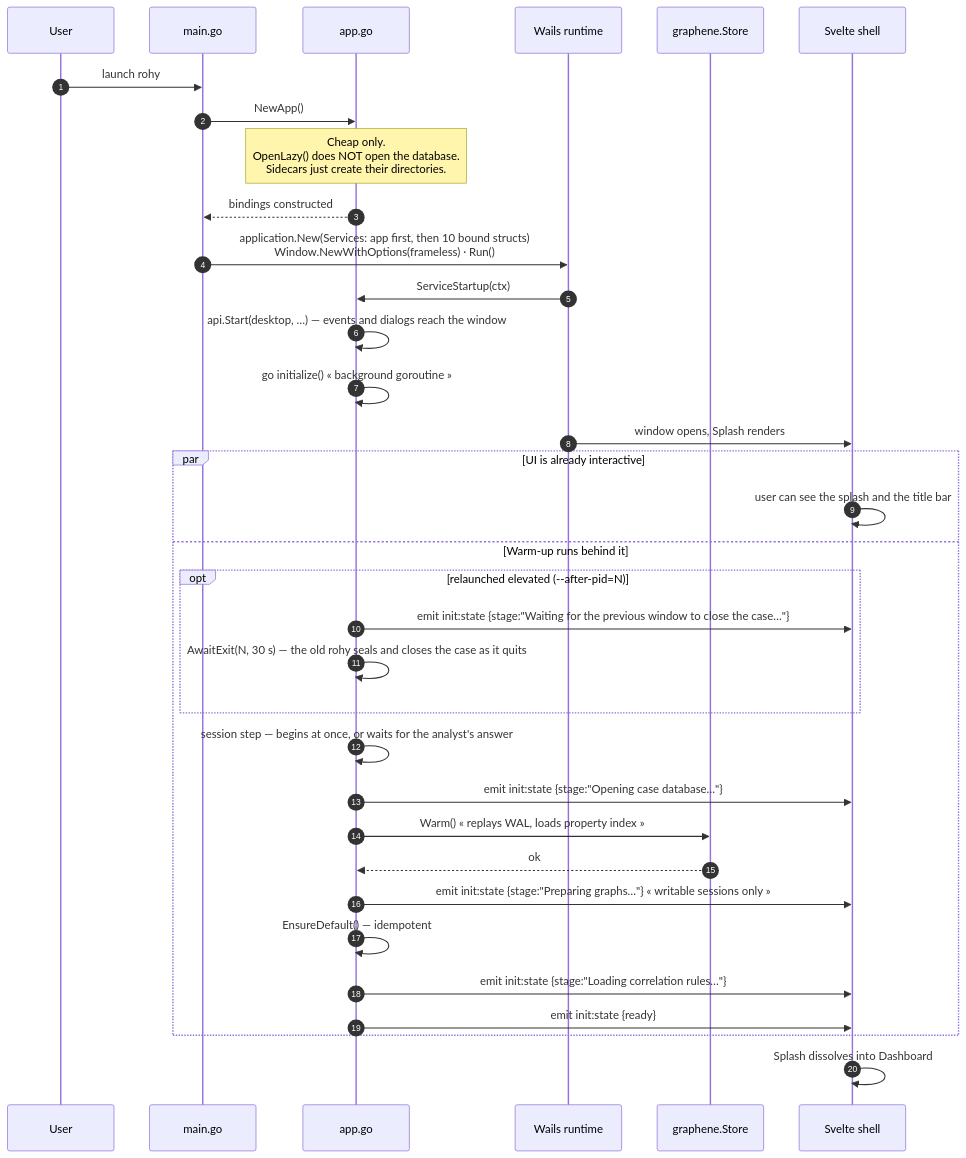
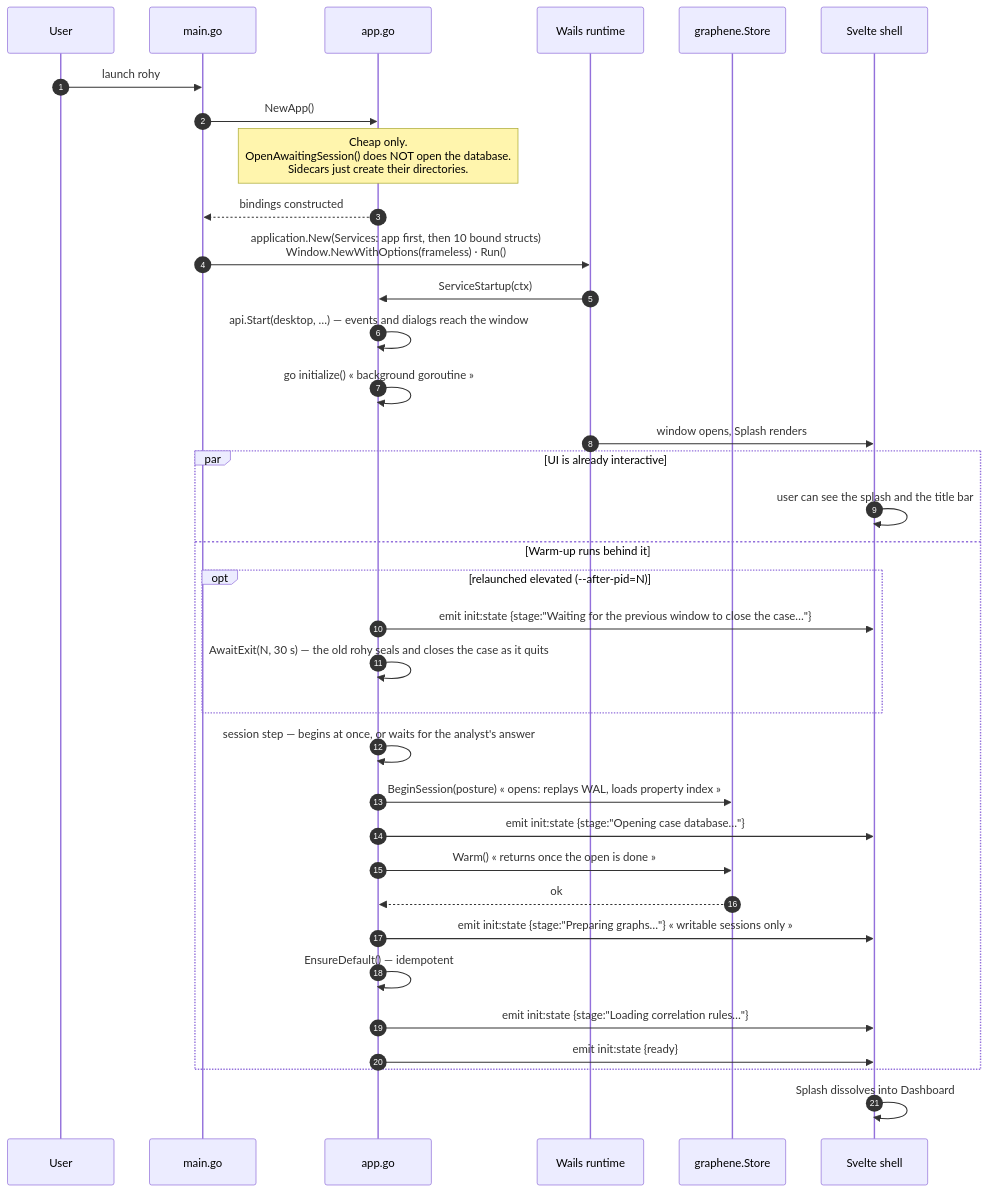
The third of 22 diagrams in LLD.md (aoiflux/rohy), drawn with Mermaid before and after one commit. The commit also changed other lines of this file and 34 other files, not shown here.

````diff
--- a/LLD.md
+++ b/LLD.md
@@ -268,39 +268,40 @@
 ```mermaid
 sequenceDiagram
     autonumber
     participant U as User
     participant M as main.go
     participant A as app.go
     participant W as Wails runtime
     participant S as graphene.Store
     participant UI as Svelte shell
 
     U->>M: launch rohy
     M->>A: NewApp()
-    Note over A: Cheap only.<br/>OpenLazy() does NOT open the database.<br/>Sidecars just create their directories.
+    Note over A: Cheap only.<br/>OpenAwaitingSession() does NOT open the database.<br/>Sidecars just create their directories.
     A-->>M: bindings constructed
     M->>W: application.New(Services: app first, then 10 bound structs)<br/>Window.NewWithOptions(frameless) · Run()
     W->>A: ServiceStartup(ctx)
     A->>A: api.Start(desktop, …) — events and dialogs reach the window
     A->>A: go initialize()   « background goroutine »
     W->>UI: window opens, Splash renders
 
     par UI is already interactive
         UI->>UI: user can see the splash and the title bar
     and Warm-up runs behind it
         opt relaunched elevated (--after-pid=N)
             A->>UI: emit init:state {stage:"Waiting for the previous window to close the case…"}
             A->>A: AwaitExit(N, 30 s) — the old rohy seals and closes the case as it quits
         end
         A->>A: session step — begins at once, or waits for the analyst's answer
+        A->>S: BeginSession(posture)  « opens: replays WAL, loads property index »
         A->>UI: emit init:state {stage:"Opening case database…"}
-        A->>S: Warm()  « replays WAL, loads property index »
+        A->>S: Warm()  « returns once the open is done »
         S-->>A: ok
         A->>UI: emit init:state {stage:"Preparing graphs…"}  « writable sessions only »
         A->>A: EnsureDefault() — idempotent
         A->>UI: emit init:state {stage:"Loading correlation rules…"}
         A->>UI: emit init:state {ready}
     end
 
     UI->>UI: Splash dissolves into Dashboard
 ```
````
